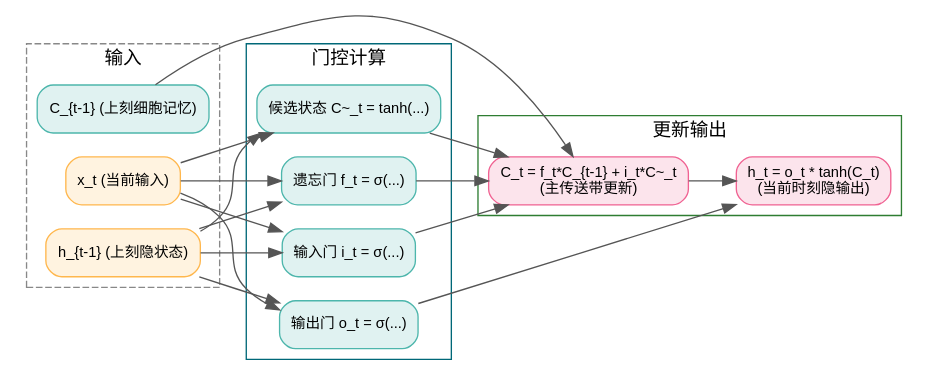
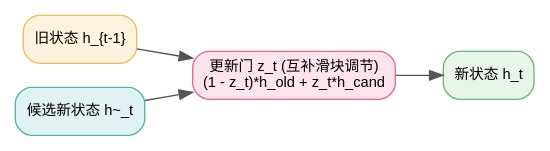
Before and after one commit to hqu-little-boy/blog: the second of 2 diagrams in src/content/posts/dl-operators-09-recurrent-mechanisms-lstm-gru-guide.md, drawn with Graphviz. The commit also changed other lines of this file and 11 other files, not shown here.

````diff
--- a/src/content/posts/dl-operators-09-recurrent-mechanisms-lstm-gru-guide.md
+++ b/src/content/posts/dl-operators-09-recurrent-mechanisms-lstm-gru-guide.md
@@ -76,41 +112,16 @@
 ```graphviz
-digraph LSTMCell {
+digraph GRUSlider {
     rankdir=LR;
     node [fontname="Helvetica,Arial,sans-serif", fontsize=11, shape=rect, style="rounded,filled", fillcolor="#f0f4f8", color="#b0c4de"];
     edge [fontname="Helvetica,Arial,sans-serif", fontsize=10, color="#555555"];
 
-    subgraph cluster_inputs {
-        label = "输入"; style=dashed; color="#888888";
-        xt [label="x_t (当前输入)", fillcolor="#fff3e0", color="#ffb74d"];
-        ht_prev [label="h_{t-1} (上刻隐状态)", fillcolor="#fff3e0", color="#ffb74d"];
-        ct_prev [label="C_{t-1} (上刻细胞记忆)", fillcolor="#e0f2f1", color="#4db6ac"];
-    }
+    h_old [label="旧状态 h_{t-1}", fillcolor="#fff3e0", color="#ffb74d"];
+    h_cand [label="候选新状态 h~_t", fillcolor="#e0f2f1", color="#4db6ac"];
+    slider [label="更新门 z_t (互补滑块调节)\n(1 - z_t)*h_old + z_t*h_cand", fillcolor="#fce4ec", color="#f06292"];
+    h_new [label="新状态 h_t", fillcolor="#e8f5e9", color="#66bb6a"];
 
-    subgraph cluster_gates {
-        label = "门控计算"; style=solid; color="#006878";
-        f_gate [label="遗忘门 f_t = σ(...)", fillcolor="#e0f2f1", color="#4db6ac"];
-        i_gate [label="输入门 i_t = σ(...)", fillcolor="#e0f2f1", color="#4db6ac"];
-        c_cand [label="候选状态 C~_t = tanh(...)", fillcolor="#e0f2f1", color="#4db6ac"];
-        o_gate [label="输出门 o_t = σ(...)", fillcolor="#e0f2f1", color="#4db6ac"];
-    }
-
-    subgraph cluster_outputs {
-        label = "更新输出"; style=solid; color="#2e7d32";
-        ct_curr [label="C_t = f_t*C_{t-1} + i_t*C~_t\n(主传送带更新)", fillcolor="#fce4ec", color="#f06292"];
-        ht_curr [label="h_t = o_t * tanh(C_t)\n(当前时刻隐输出)", fillcolor="#fce4ec", color="#f06292"];
-    }
-
-    xt -> f_gate; ht_prev -> f_gate;
-    xt -> i_gate; ht_prev -> i_gate;
-    xt -> c_cand; ht_prev -> c_cand;
-    xt -> o_gate; ht_prev -> o_gate;
-
-    f_gate -> ct_curr;
-    ct_prev -> ct_curr;
-    i_gate -> ct_curr;
-    c_cand -> ct_curr;
-
-    ct_curr -> ht_curr;
-    o_gate -> ht_curr;
+    h_old -> slider;
+    h_cand -> slider;
+    slider -> h_new;
 }
 ```
````
